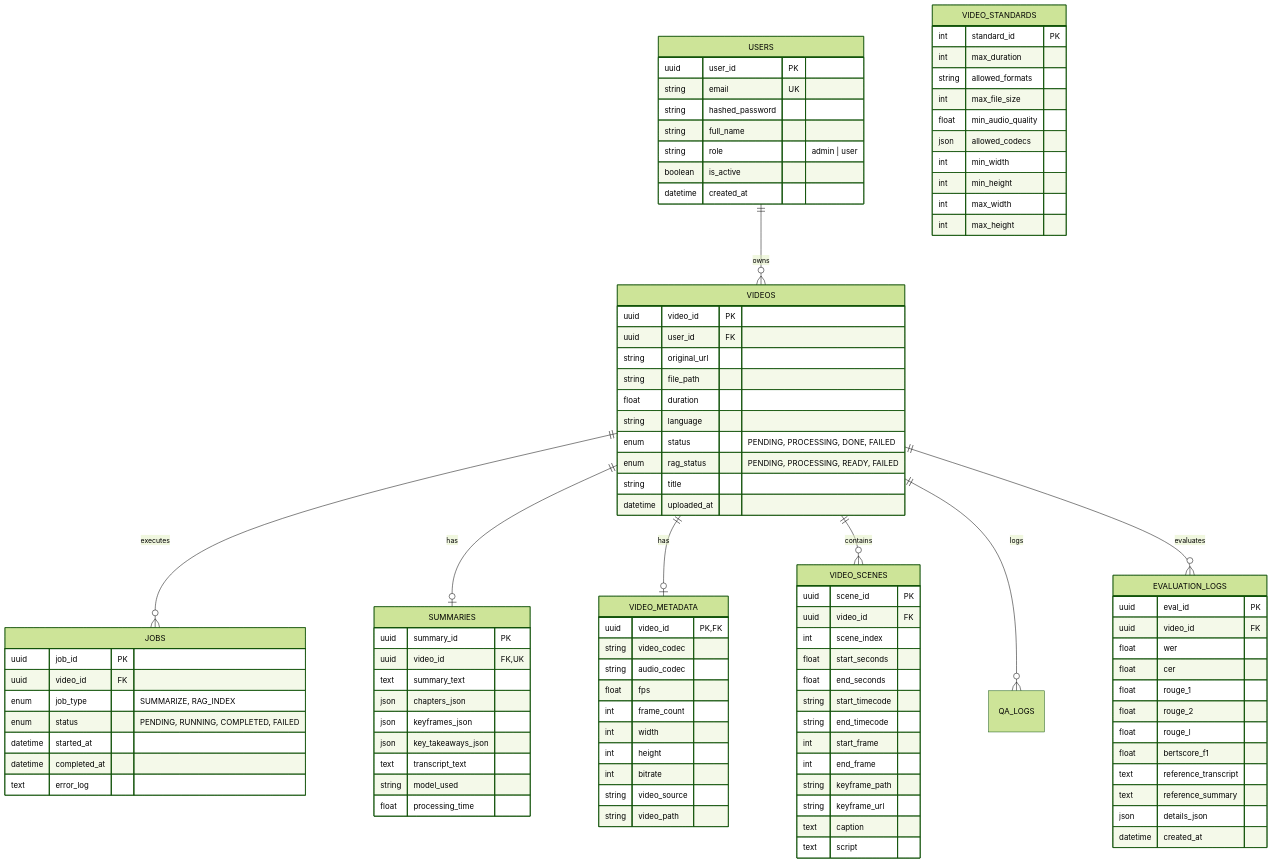
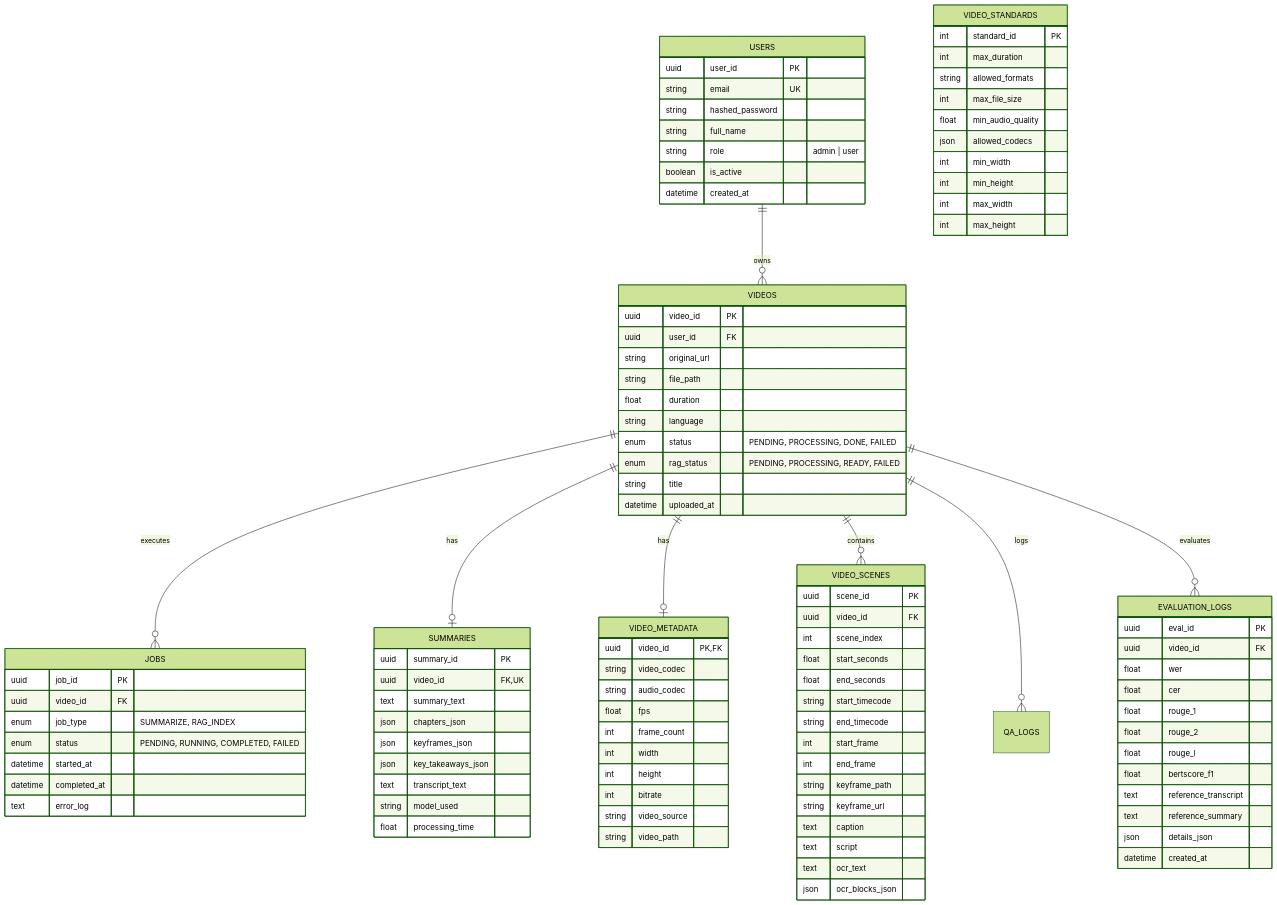
The third of 3 diagrams in docs/current-system-architecture.md (multimodal-lecture-summarizer/multimodal-lecture-summarizer), drawn with Mermaid (forest theme) before and after one commit. The commit also changed other lines of this file and 22 other files, not shown here.

```diff
--- a/docs/current-system-architecture.md
+++ b/docs/current-system-architecture.md
@@ -313,6 +313,8 @@
         string keyframe_url
         text caption
         text script
+        text ocr_text
+        json ocr_blocks_json
     }
 
     VIDEO_STANDARDS {
```
